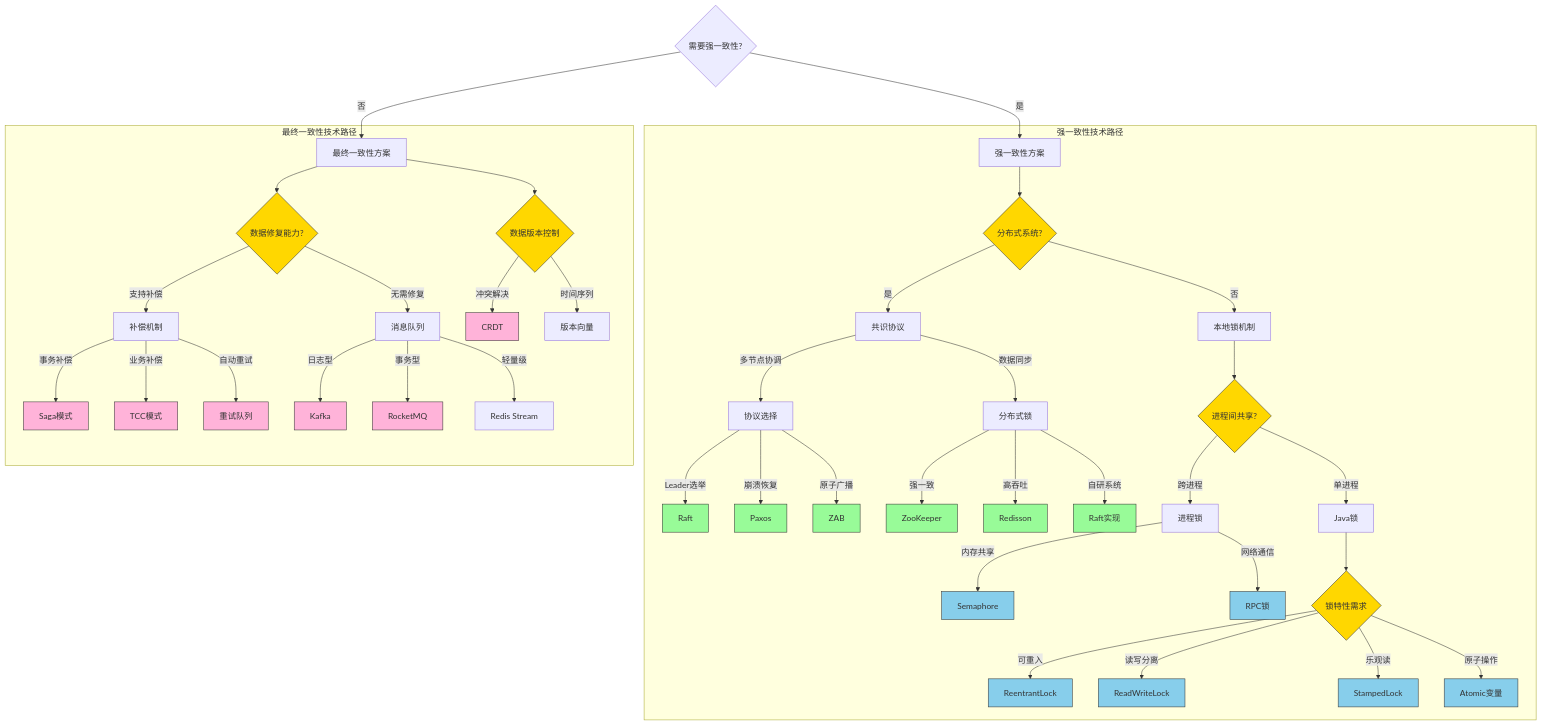
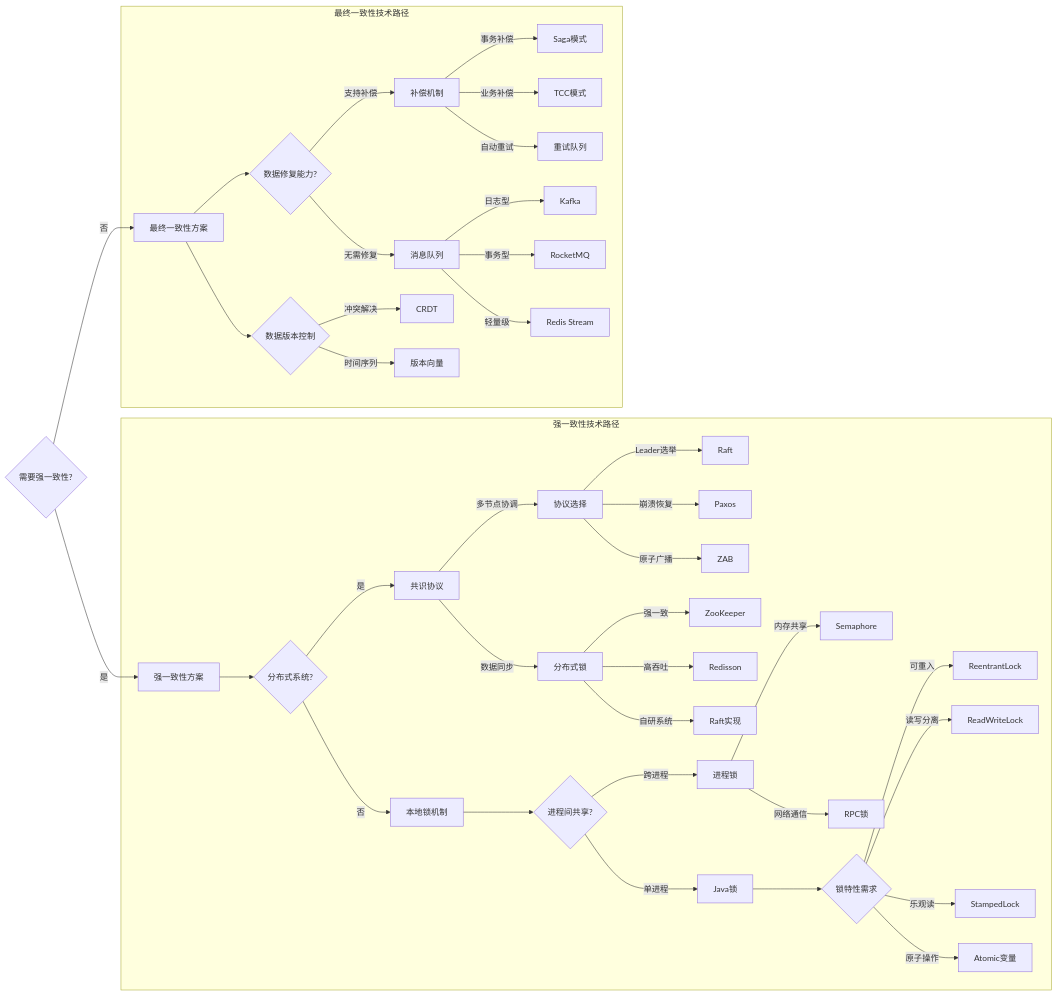
One commit to ouyangshourui/Java_Base_Pratice changed the diagram in 一致性技术.md. Above: the diagram before and after it, drawn with Mermaid.

````diff
--- a/一致性技术.md
+++ b/一致性技术.md
@@ -16,60 +16,54 @@
 ```mermaid
-graph TD
+graph LR
     Start{需要强一致性?} -->|是| Strong[强一致性方案]
     Start -->|否| Eventual[最终一致性方案]
-    
-    subgraph 强一致性技术路径
+
+    click Strong toggleStrong
+    click Eventual toggleEventual
+
+    subgraph toggleStrong[强一致性技术路径]
         Strong --> Arch{分布式系统?}
         Arch -->|是| Consensus[共识协议]
         Arch -->|否| Local[本地锁机制]
         
         Consensus -->|多节点协调| Protocol[协议选择]
         Protocol -->|Leader选举| Raft
         Protocol -->|崩溃恢复| Paxos
         Protocol -->|原子广播| ZAB
         
         Consensus -->|数据同步| DLock[分布式锁]
         DLock -->|强一致| ZK[ZooKeeper]
         DLock -->|高吞吐| RedisL[Redisson]
         DLock -->|自研系统| RaftL[Raft实现]
         
         Local --> Process{进程间共享?}
         Process -->|跨进程| PLock[进程锁]
         PLock -->|内存共享| Sem[Semaphore]
         PLock -->|网络通信| RPCL[RPC锁]
         
         Process -->|单进程| JLock[Java锁]
         JLock --> Feature{锁特性需求}
         Feature -->|可重入| Reentrant[ReentrantLock]
         Feature -->|读写分离| RWLock[ReadWriteLock]
         Feature -->|乐观读| Stamp[StampedLock]
         Feature -->|原子操作| Atomic[Atomic变量]
     end
-    
-    subgraph 最终一致性技术路径
+
+    subgraph toggleEventual[最终一致性技术路径]
         Eventual --> Repair{数据修复能力?}
         Repair -->|支持补偿| Comp[补偿机制]
         Repair -->|无需修复| Queue[消息队列]
         
         Comp -->|事务补偿| Saga[Saga模式]
         Comp -->|业务补偿| TCC[TCC模式]
         Comp -->|自动重试| Retry[重试队列]
         
         Queue -->|日志型| Kafka
         Queue -->|事务型| RocketMQ
         Queue -->|轻量级| RedisQ[Redis Stream]
         
         Eventual --> Version{数据版本控制}
         Version -->|冲突解决| CRDT
         Version -->|时间序列| Vector[版本向量]
     end
-
-    classDef decision fill:#ffd700,stroke:#333;
-    classDef protocol fill:#98fb98,stroke:#333;
-    classDef lock fill:#87ceeb,stroke:#333;
-    classDef eventual fill:#ffb3d9,stroke:#333;
-    class Arch,Process,Feature,Repair,Version decision;
-    class Raft,Paxos,ZAB,ZK,RedisL,RaftL protocol;
-    class Sem,RPCL,Reentrant,RWLock,Stamp,Atomic lock;
-    class Saga,TCC,Retry,Kafka,RocketMQ,CRDT eventual;
 ```
````
